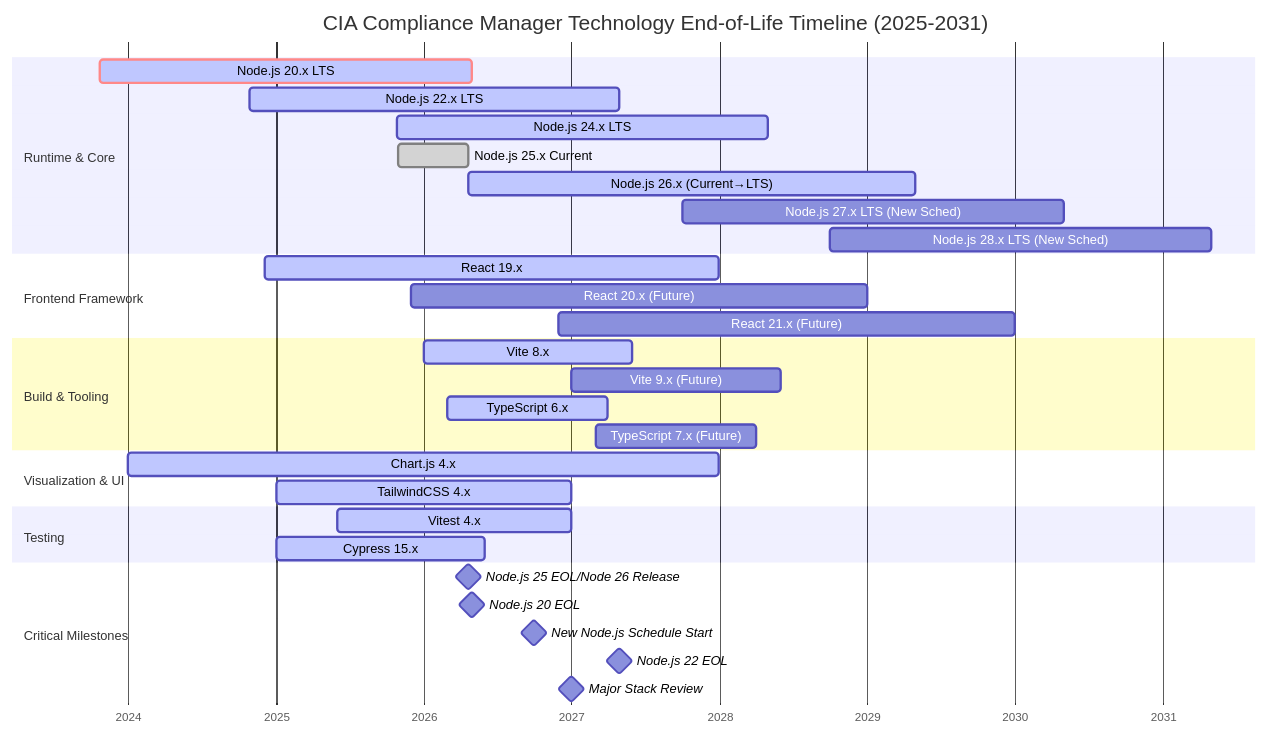
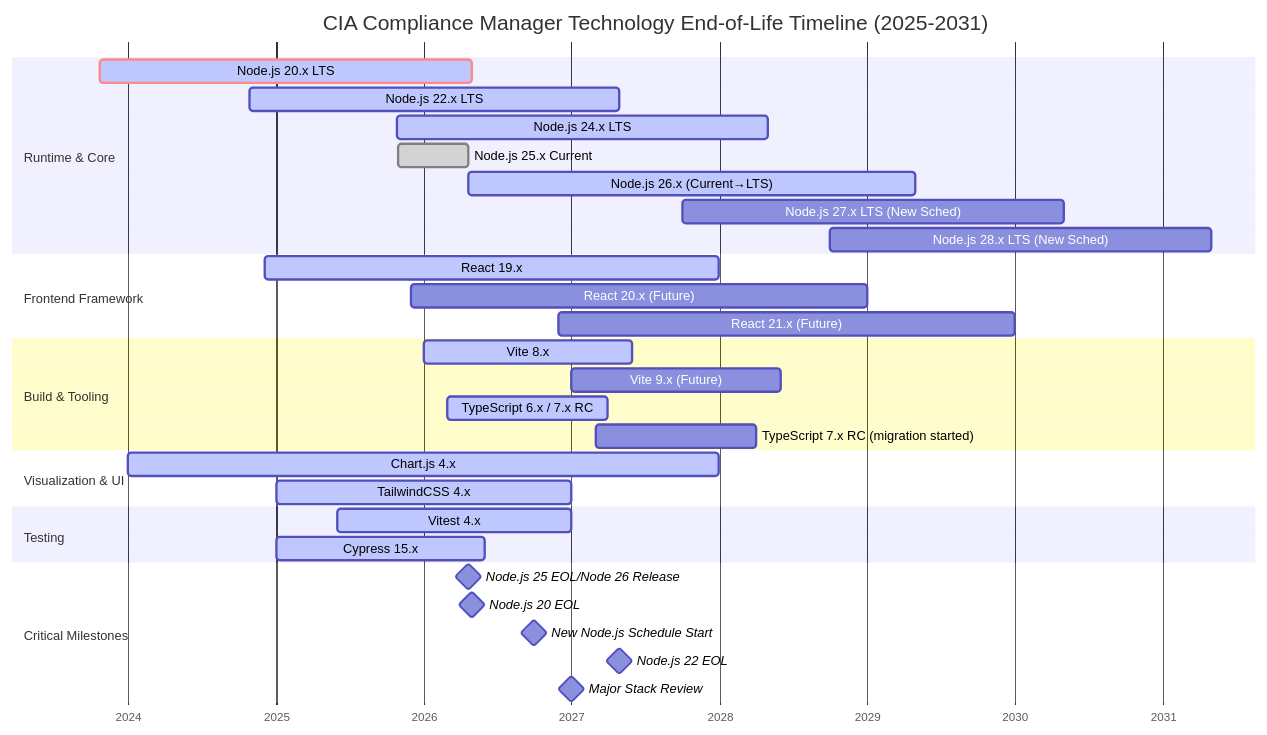
Before and after one commit to step-security-bot/cia-compliance-manager: the fourth of 9 diagrams in docs/End-of-Life-Strategy.md, drawn with Mermaid. The commit also changed other lines of this file and 3 other files, not shown here.

First line of the commit message:
build: adopt TypeScript 7 RC with TypeScript 6 compatibility (#1305)

````diff
--- a/docs/End-of-Life-Strategy.md
+++ b/docs/End-of-Life-Strategy.md
@@ -355,41 +359,41 @@
 ```mermaid
 gantt
     title CIA Compliance Manager Technology End-of-Life Timeline (2025-2031)
     dateFormat YYYY-MM-DD
     axisFormat %Y
 
     section Runtime & Core
     Node.js 20.x LTS          :crit, active, node20, 2023-10-24, 2026-04-30
     Node.js 22.x LTS          :active, node22, 2024-10-29, 2027-04-30
     Node.js 24.x LTS          :active, node24, 2025-10-28, 2028-04-30
     Node.js 25.x Current      :done, node25, 2025-10-29, 2026-04-21
     Node.js 26.x (Current→LTS) :active, node26, 2026-04-21, 2029-04-30
     Node.js 27.x LTS (New Sched) :node27, 2027-10-01, 2030-04-30
     Node.js 28.x LTS (New Sched) :node28, 2028-10-01, 2031-04-30
 
     section Frontend Framework
     React 19.x                :active, react19, 2024-12-05, 2027-12-31
     React 20.x (Future)       :react20, 2025-12-01, 2028-12-31
     React 21.x (Future)       :react21, 2026-12-01, 2029-12-31
 
     section Build & Tooling
     Vite 8.x                  :active, vite8, 2026-01-01, 2027-06-01
     Vite 9.x (Future)         :vite9, 2027-01-01, 2028-06-01
-    TypeScript 6.x            :active, ts6, 2026-03-01, 2027-03-31
-    TypeScript 7.x (Future)   :ts7, 2027-03-01, 2028-03-31
+    TypeScript 6.x / 7.x RC            :active, ts6, 2026-03-01, 2027-03-31
+    TypeScript 7.x RC (migration started)   :ts7, 2027-03-01, 2028-03-31
 
     section Visualization & UI
     Chart.js 4.x              :active, chartjs4, 2024-01-01, 2027-12-31
     TailwindCSS 4.x           :active, tailwind4, 2025-01-01, 2027-01-01
 
     section Testing
     Vitest 4.x                :active, vitest4, 2025-06-01, 2026-12-31
     Cypress 15.x              :active, cypress15, 2025-01-01, 2026-06-01
 
     section Critical Milestones
     Node.js 25 EOL/Node 26 Release :milestone, node25eol, 2026-04-21, 0d
     Node.js 20 EOL            :milestone, node20eol, 2026-04-30, 0d
     New Node.js Schedule Start :milestone, newschedstart, 2026-10-01, 0d
     Node.js 22 EOL            :milestone, node22eol, 2027-04-30, 0d
     Major Stack Review        :milestone, stackreview, 2027-01-01, 0d
 ```
````
